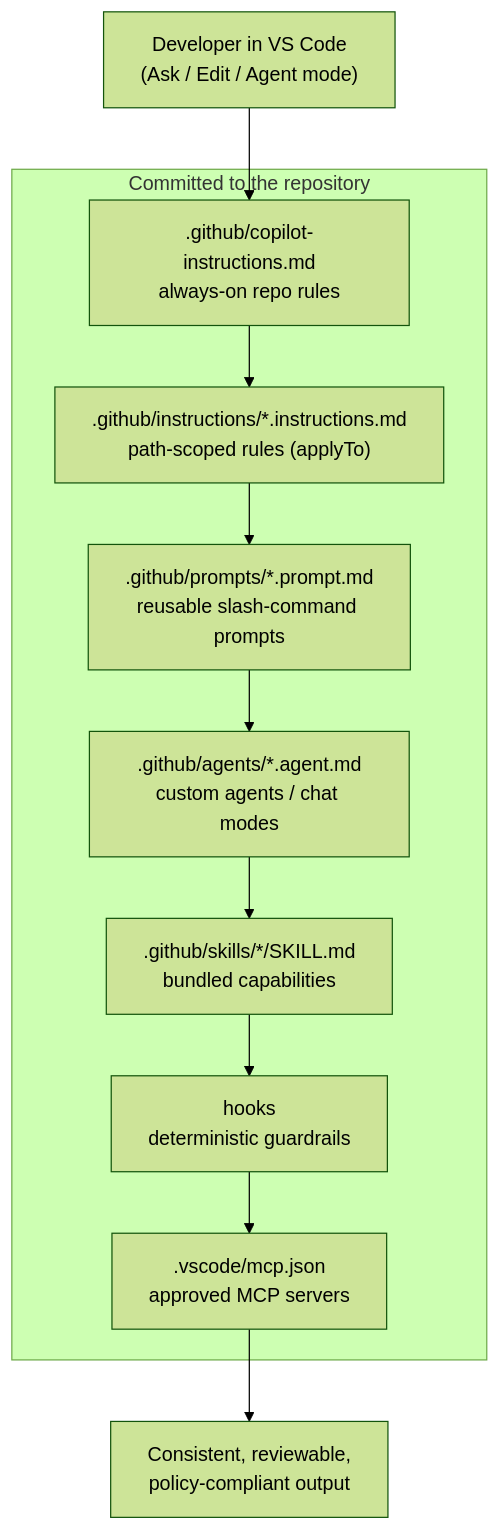
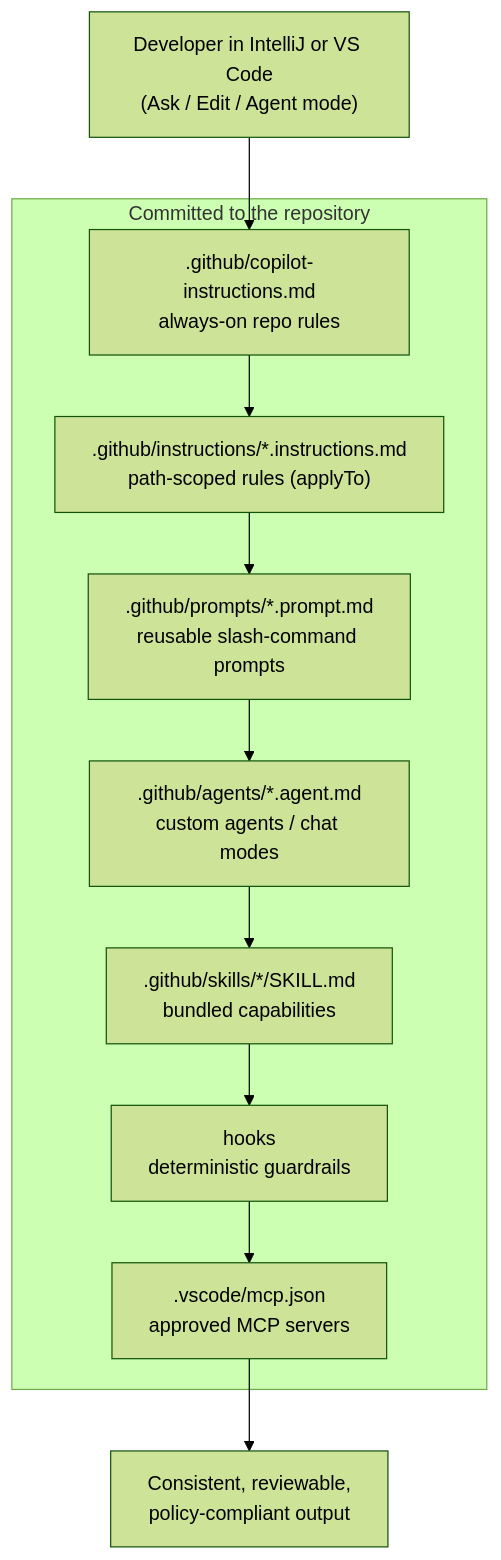
The diagram in Phase11_GitHub_Copilot_Best_Practices/README.md (bipinhcs11/Agentic-AI-Learning-Roadmap), drawn with Mermaid (forest theme) before and after one commit. The commit also changed other lines of this file and 5 other files, not shown here.

First line of the commit message:
Phase 11: IntelliJ+VS Code playbook, enterprise use cases, adoption guide

````diff
--- a/Phase11_GitHub_Copilot_Best_Practices/README.md
+++ b/Phase11_GitHub_Copilot_Best_Practices/README.md
@@ -36,16 +41,16 @@
 ```mermaid
 flowchart TB
     subgraph repo [Committed to the repository]
         CI[".github/copilot-instructions.md<br/>always-on repo rules"]
         SI[".github/instructions/*.instructions.md<br/>path-scoped rules (applyTo)"]
         PF[".github/prompts/*.prompt.md<br/>reusable slash-command prompts"]
         AG[".github/agents/*.agent.md<br/>custom agents / chat modes"]
         SK[".github/skills/*/SKILL.md<br/>bundled capabilities"]
         HK["hooks<br/>deterministic guardrails"]
         MCP[".vscode/mcp.json<br/>approved MCP servers"]
     end
-    DEV["Developer in VS Code<br/>(Ask / Edit / Agent mode)"] --> CI
+    DEV["Developer in IntelliJ or VS Code<br/>(Ask / Edit / Agent mode)"] --> CI
     CI --> SI --> PF --> AG
     AG --> SK --> HK --> MCP
     MCP --> OUT["Consistent, reviewable,<br/>policy-compliant output"]
 ```
````
